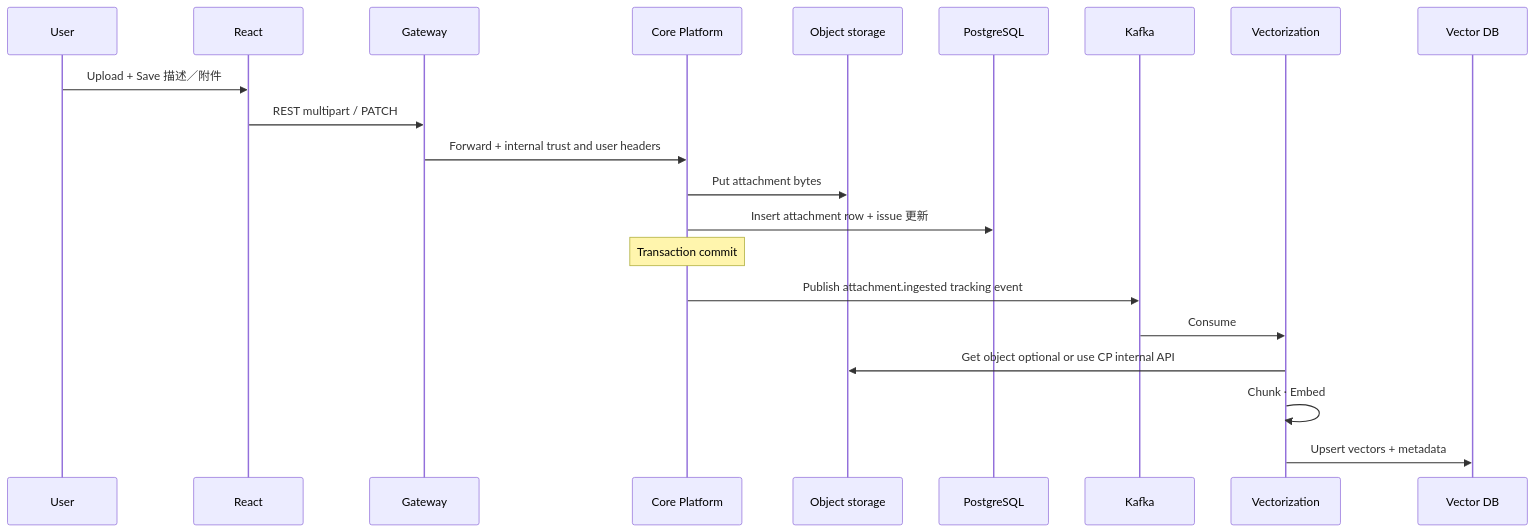
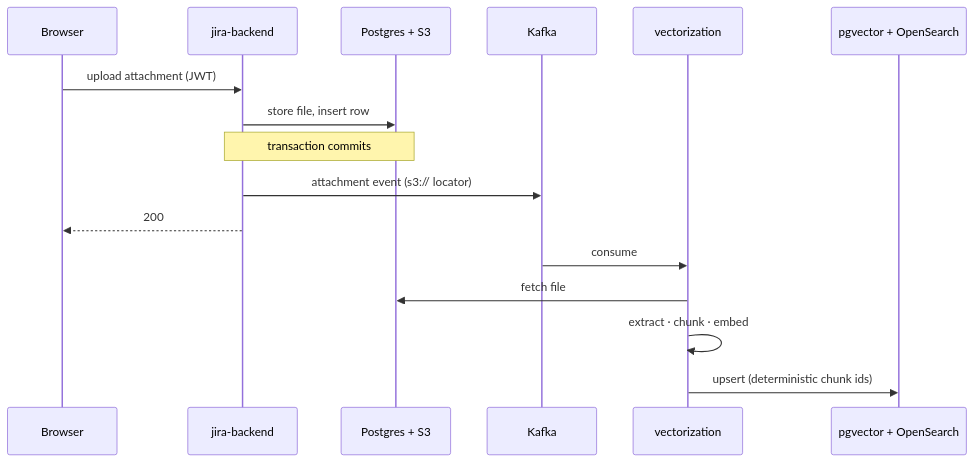
The second of 2 diagrams in docs/ARCHITECTURE.md (LeonQC/sprint-orchestra-core), drawn with Mermaid before and after one commit. The commit also changed other lines of this file and 7 other files, not shown here.

Commit message:
docs: README, architecture, API and schema

````diff
--- a/docs/ARCHITECTURE.md
+++ b/docs/ARCHITECTURE.md
@@ -110,24 +62,19 @@
 ```mermaid
 sequenceDiagram
-  participant U as User
-  participant FE as React
-  participant GW as Gateway
-  participant CP as Core Platform
-  participant OBJ as Object storage
-  participant PG as PostgreSQL
+  participant U as Browser
+  participant CP as jira-backend
+  participant ST as Postgres + S3
   participant K as Kafka
-  participant VS as Vectorization
-  participant VDB as Vector DB
+  participant VS as vectorization
+  participant IX as pgvector + OpenSearch
 
-  U->>FE: Upload + Save 描述／附件
-  FE->>GW: REST multipart / PATCH
-  GW->>CP: Forward + internal trust and user headers
-  CP->>OBJ: Put attachment bytes
-  CP->>PG: Insert attachment row + issue 更新
-  Note over CP: Transaction commit
-  CP->>K: Publish attachment.ingested tracking event
-  K->>VS: Consume
-  VS->>OBJ: Get object optional or use CP internal API
-  VS->>VS: Chunk · Embed
-  VS->>VDB: Upsert vectors + metadata
+  U->>CP: upload attachment (JWT)
+  CP->>ST: store file, insert row
+  Note over CP,ST: transaction commits
+  CP->>K: attachment event (s3:// locator)
+  CP-->>U: 200
+  K->>VS: consume
+  VS->>ST: fetch file
+  VS->>VS: extract · chunk · embed
+  VS->>IX: upsert (deterministic chunk ids)
 ```
````
